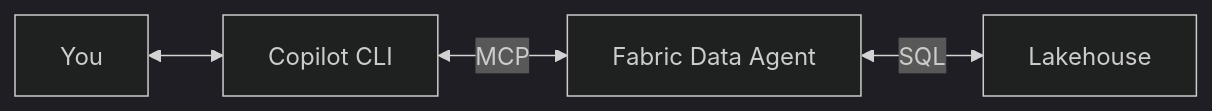
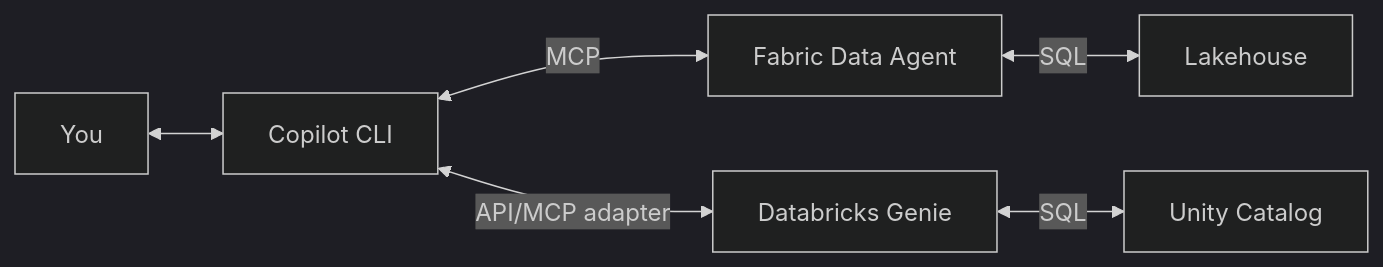
Before and after one commit to ericchansen/agent-demo-dev: the diagram in website/docs/journey/ground-it-in-data.md, drawn with Mermaid (dark theme). The commit also changed other lines of this file and 24 other files, not shown here.

````diff
--- a/website/docs/journey/ground-it-in-data.md
+++ b/website/docs/journey/ground-it-in-data.md
@@ -14,6 +14,8 @@
 ```mermaid
 flowchart LR
     User["You"] <--> CLI["Copilot CLI"]
     CLI <-->|MCP| FDA["Fabric Data Agent"]
+    CLI <-->|API/MCP adapter| Genie["Databricks Genie"]
     FDA <-->|SQL| LH["Lakehouse"]
+    Genie <-->|SQL| UC["Unity Catalog"]
 ```
````
